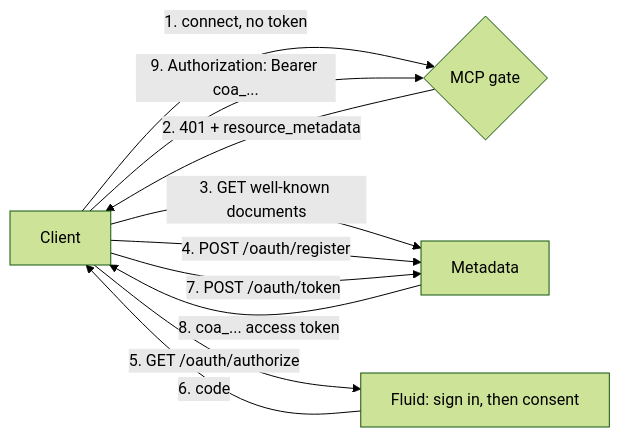
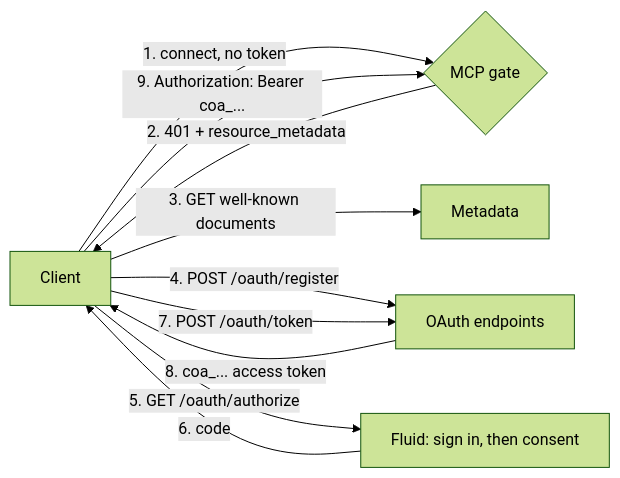
Diagram 12 of 14 in docs/deployment.md (jordiboehme/crystalline), drawn with Mermaid (forest theme) before and after one commit. The commit also changed 11 other files, not shown here.

````diff
--- a/docs/deployment.md
+++ b/docs/deployment.md
@@ -415,12 +415,12 @@
 ```mermaid
 flowchart LR
     C[Client] -->|1. connect, no token| G{MCP gate}
     G -->|2. 401 + resource_metadata| C
     C -->|3. GET well-known documents| M[Metadata]
-    C -->|4. POST /oauth/register| M
+    C -->|4. POST /oauth/register| S[OAuth endpoints]
     C -->|5. GET /oauth/authorize| F[Fluid: sign in, then consent]
     F -->|6. code| C
-    C -->|7. POST /oauth/token| M
-    M -->|8. coa_... access token| C
+    C -->|7. POST /oauth/token| S
+    S -->|8. coa_... access token| C
     C -->|9. Authorization: Bearer coa_...| G
 ```
````
